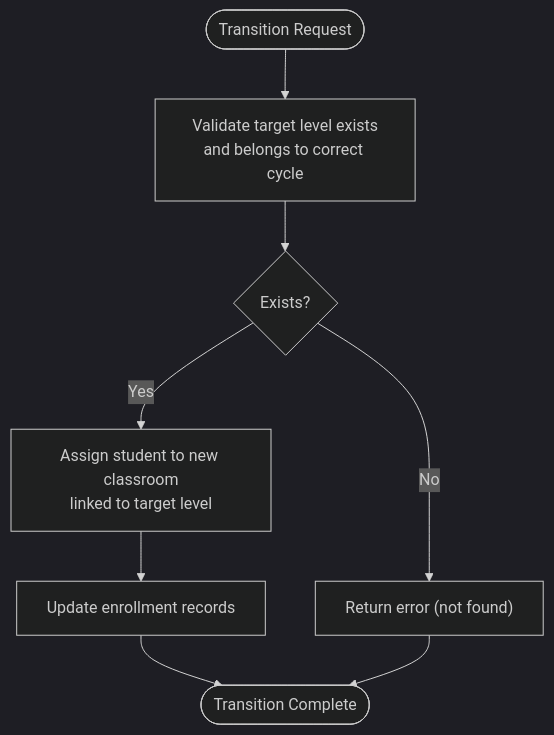
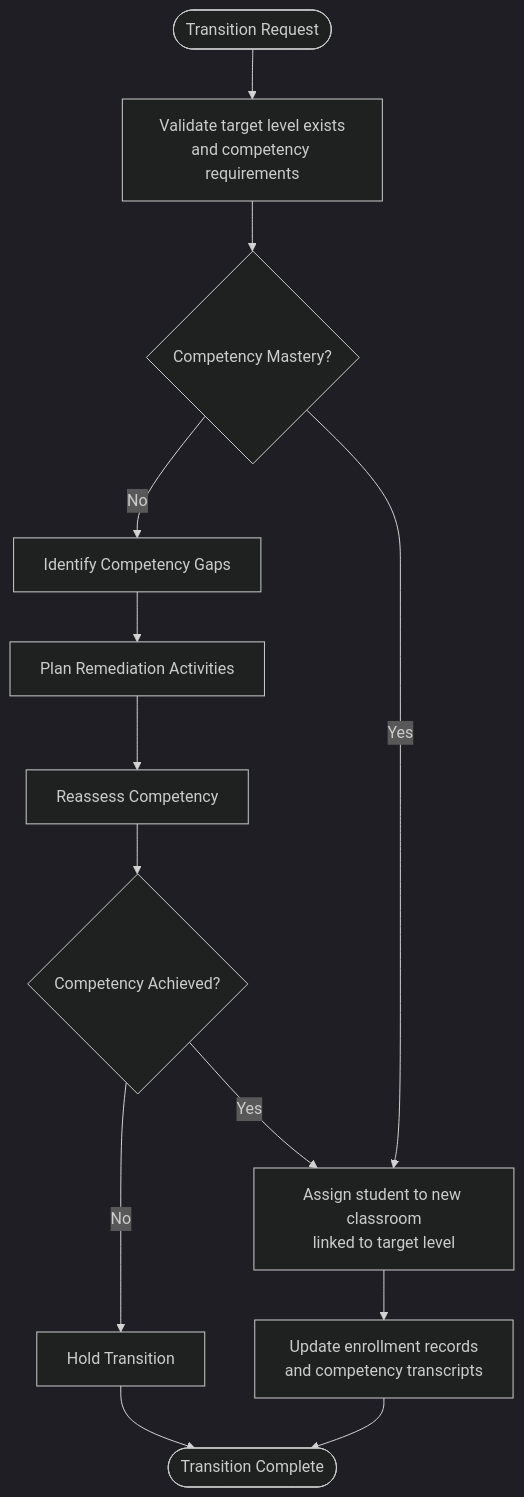
One commit to franckylab/eLISAschool changed the eighth of 10 diagrams in .qoder/repowiki/en/content/Modules & Features/Academic Modules/Curriculum Structure (Cycles & Levels).md. Above: the diagram before and after it, drawn with Mermaid (dark theme). The commit also changed other lines of this file and 77 other files, not shown here.

````diff
--- a/.qoder/repowiki/en/content/Modules & Features/Academic Modules/Curriculum Structure (Cycles & Levels).md
+++ b/.qoder/repowiki/en/content/Modules & Features/Academic Modules/Curriculum Structure (Cycles & Levels).md
@@ -313,10 +498,15 @@
 ```mermaid
 flowchart TD
-Start(["Transition Request"]) --> Validate["Validate target level exists<br/>and belongs to correct cycle"]
-Validate --> Exists{"Exists?"}
-Exists --> |No| Error["Return error (not found)"]
-Exists --> |Yes| Assign["Assign student to new classroom<br/>linked to target level"]
-Assign --> Update["Update enrollment records"]
+Start(["Transition Request"]) --> Validate["Validate target level exists<br/>and competency requirements"]
+Validate --> Competency{"Competency Mastery?"}
+Competency --> |No| GapAnalysis["Identify Competency Gaps"]
+GapAnalysis --> Remediation["Plan Remediation Activities"]
+Remediation --> Reassessment["Reassess Competency"]
+Reassessment --> CompetencyCheck{"Competency Achieved?"}
+CompetencyCheck --> |No| Hold["Hold Transition"]
+CompetencyCheck --> |Yes| Assign["Assign student to new classroom<br/>linked to target level"]
+Competency --> |Yes| Assign
+Assign --> Update["Update enrollment records<br/>and competency transcripts"]
 Update --> Done(["Transition Complete"])
-Error --> Done
+Hold --> Done
 ```
````
